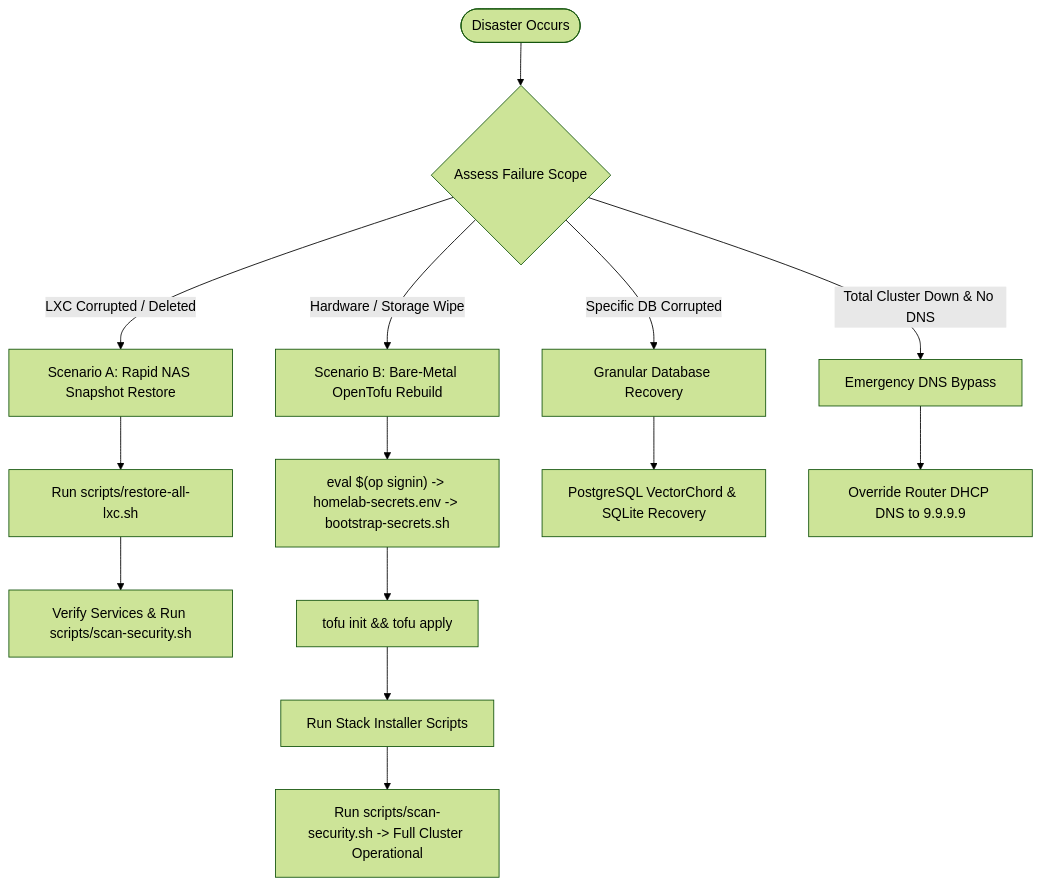
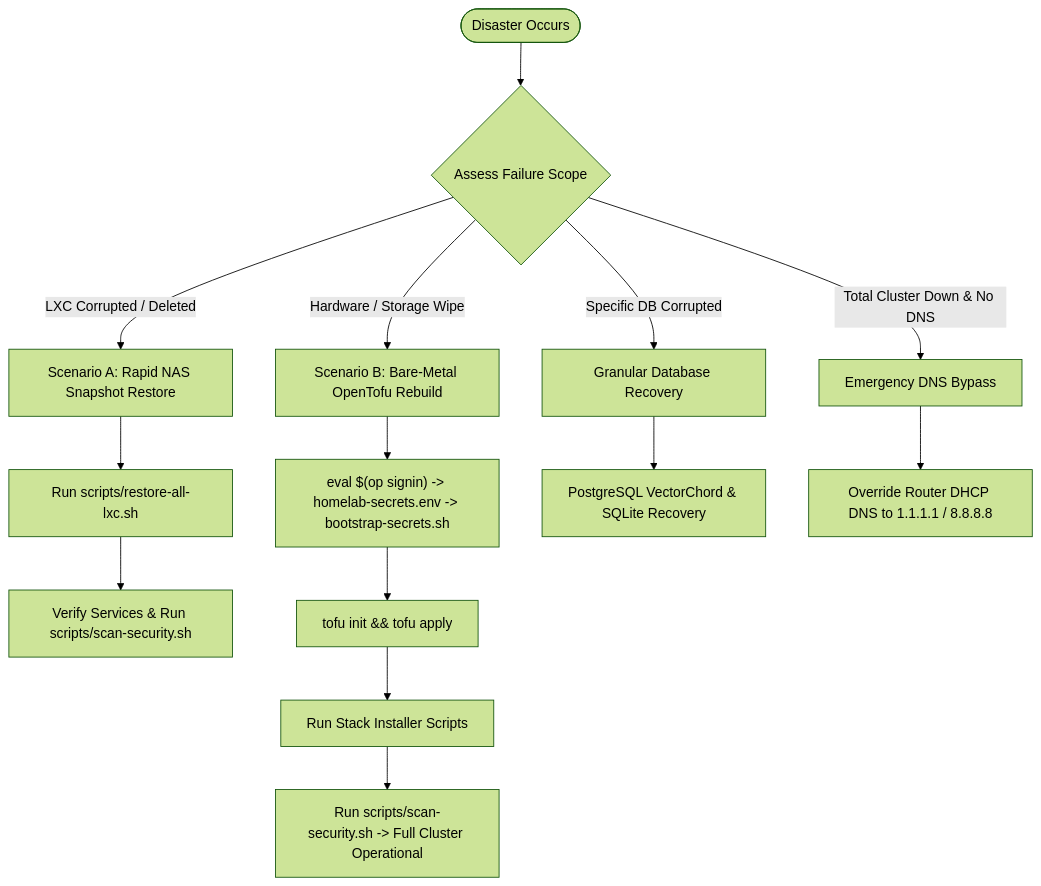
Before and after one commit to lambertaurelle/agentic-homelab-iac: the diagram in docs/DISASTER_RECOVERY.md, drawn with Mermaid (forest theme). The commit also changed other lines of this file and 25 other files, not shown here.

````diff
--- a/docs/DISASTER_RECOVERY.md
+++ b/docs/DISASTER_RECOVERY.md
@@ -15,20 +15,20 @@
 ```mermaid
 flowchart TD
     Disaster(["Disaster Occurs"]) --> Assess{"Assess Failure Scope"}
 
     Assess -->|"LXC Corrupted / Deleted"| ScenarioA["Scenario A: Rapid NAS Snapshot Restore"]
     Assess -->|"Hardware / Storage Wipe"| ScenarioB["Scenario B: Bare-Metal OpenTofu Rebuild"]
     Assess -->|"Specific DB Corrupted"| ScenarioC["Granular Database Recovery"]
     Assess -->|"Total Cluster Down & No DNS"| ScenarioD["Emergency DNS Bypass"]
 
     ScenarioA --> RunRestoreScript["Run scripts/restore-all-lxc.sh"]
     RunRestoreScript --> VerifyA["Verify Services & Run scripts/scan-security.sh"]
 
     ScenarioB --> BootstrapSecrets["eval $(op signin) -> homelab-secrets.env -> bootstrap-secrets.sh"]
     BootstrapSecrets --> TofuApply["tofu init && tofu apply"]
     TofuApply --> InstallScripts["Run Stack Installer Scripts"]
     InstallScripts --> VerifyB["Run scripts/scan-security.sh -> Full Cluster Operational"]
 
     ScenarioC --> DBRestore["PostgreSQL VectorChord & SQLite Recovery"]
-    ScenarioD --> RouterDNS["Override Router DHCP DNS to 9.9.9.9"]
+    ScenarioD --> RouterDNS["Override Router DHCP DNS to 1.1.1.1 / 8.8.8.8"]
 ```
````
